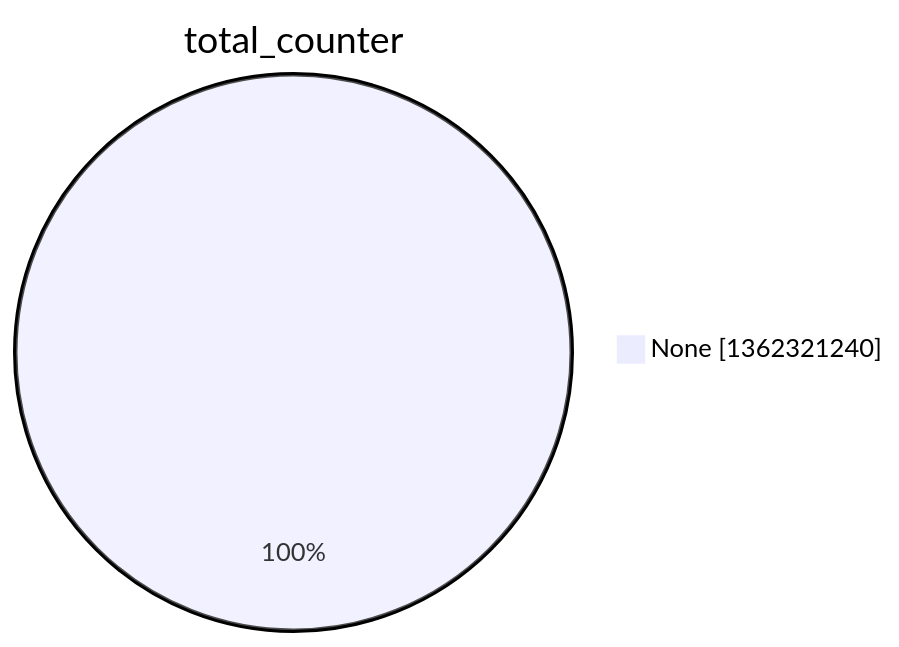
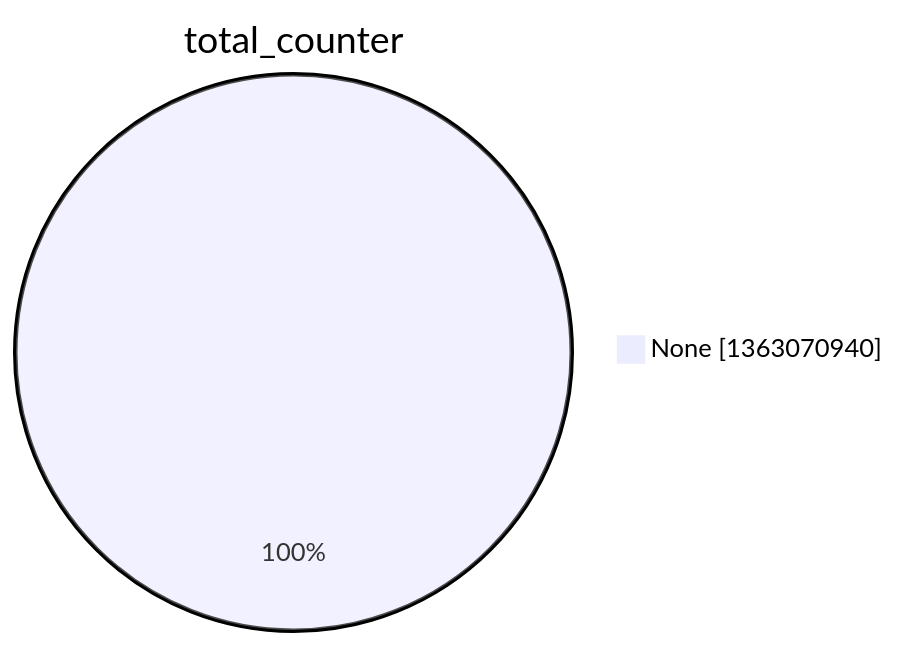
Before and after one commit to christiankrug/ctmonitor_visualization: the second of 15 diagrams in argon2022/README.md, drawn with Mermaid. The commit also changed other lines of this file, not shown here.

````diff
--- a/argon2022/README.md
+++ b/argon2022/README.md
@@ -9,5 +9,5 @@
 ```mermaid
 pie showData
 title total_counter
-"None" :1362321240
+"None" :1363070940
 ```
````
